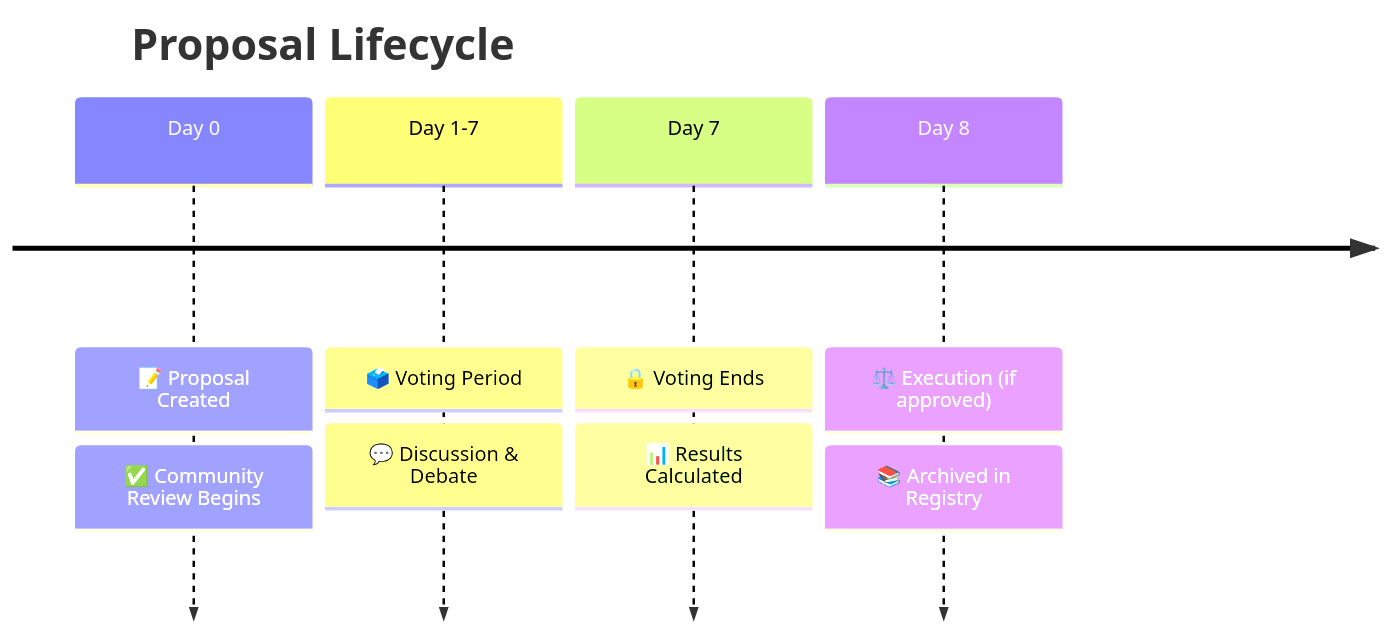
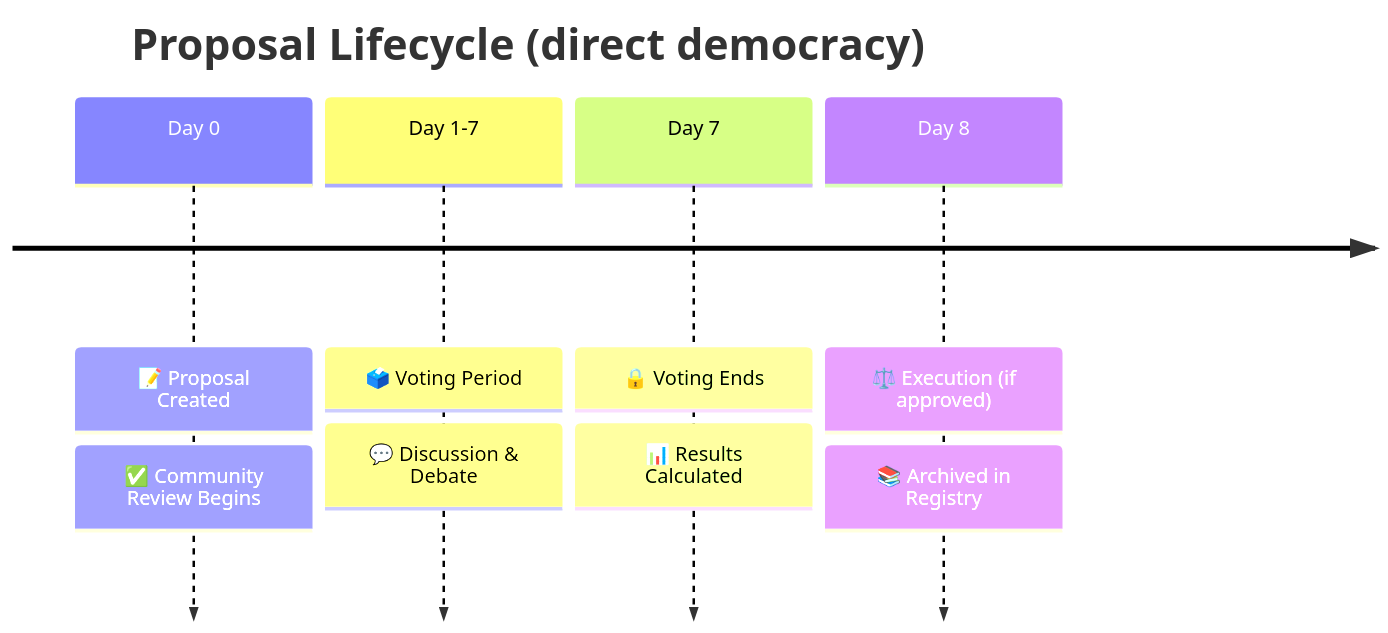
The second of 2 diagrams in README.md (JPier34/DemetraDAO), drawn with Mermaid before and after one commit. The commit also changed other lines of this file, not shown here.

````diff
--- a/README.md
+++ b/README.md
@@ -150,16 +148,16 @@
 ```mermaid
 timeline
-    title Proposal Lifecycle
+title Proposal Lifecycle (direct democracy)
     
     Day 0     : 📝 Proposal Created
               : ✅ Community Review Begins
     
     Day 1-7   : 🗳️ Voting Period
               : 💬 Discussion & Debate
     
     Day 7     : 🔒 Voting Ends
               : 📊 Results Calculated
     
     Day 8     : ⚖️ Execution (if approved)
               : 📚 Archived in Registry
 ```
````
